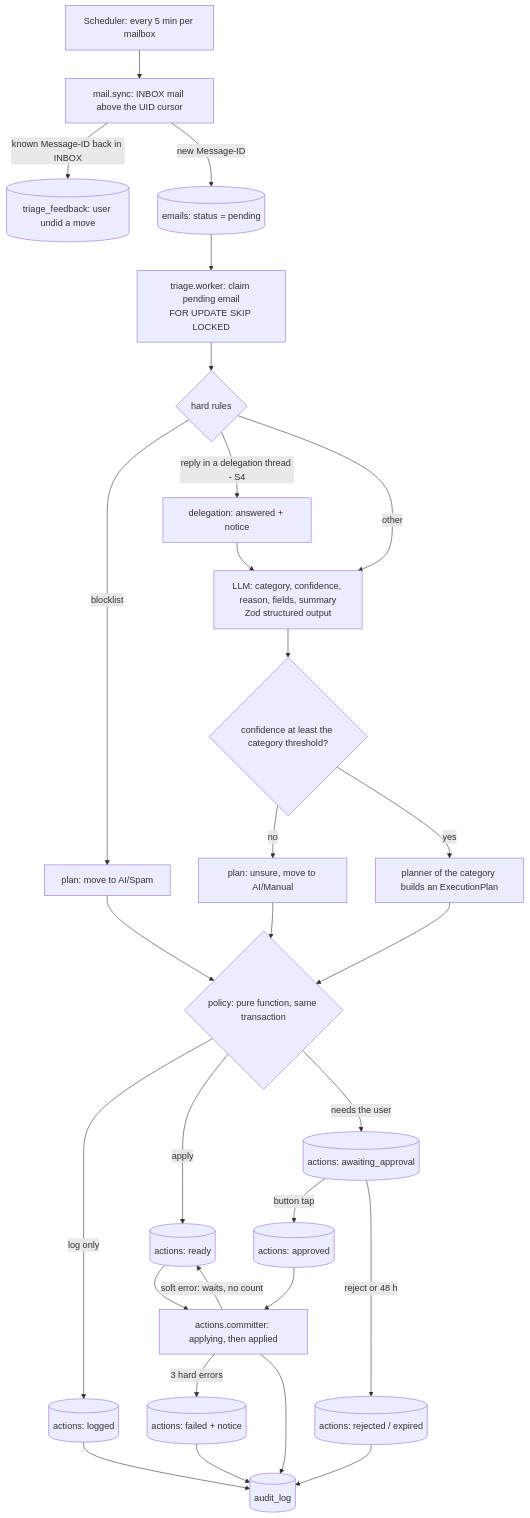
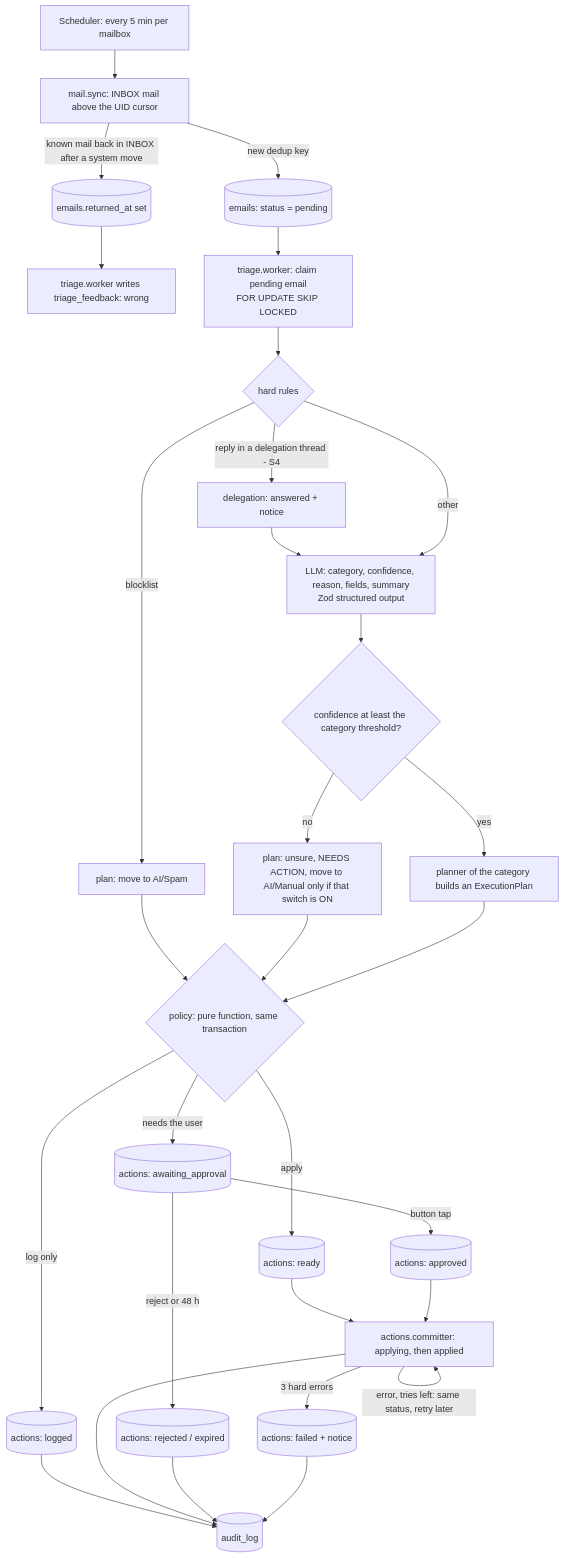
Before and after one commit to Artexs/email_assistant: the second of 4 diagrams in docs/architecture.md, drawn with Mermaid. The commit also changed other lines of this file and 20 other files, not shown here.

````diff
--- a/docs/architecture.md
+++ b/docs/architecture.md
@@ -86,31 +86,32 @@
 ```mermaid
 flowchart TD
     Tick[Scheduler: every 5 min per mailbox] --> Sync[mail.sync: INBOX mail above the UID cursor]
-    Sync -->|known Message-ID back in INBOX| FB[(triage_feedback: user undid a move)]
-    Sync -->|new Message-ID| Store[(emails: status = pending)]
+    Sync -->|known mail back in INBOX after a system move| Ret[(emails.returned_at set)]
+    Ret --> FB[triage.worker writes triage_feedback: wrong]
+    Sync -->|new dedup key| Store[(emails: status = pending)]
     Store --> Claim[triage.worker: claim pending email<br/>FOR UPDATE SKIP LOCKED]
     Claim --> Rules{hard rules}
     Rules -->|blocklist| PSpam[plan: move to AI/Spam]
     Rules -->|reply in a delegation thread - S4| Answered[delegation: answered + notice]
     Answered --> Classify
     Rules -->|other| Classify[LLM: category, confidence, reason, fields, summary<br/>Zod structured output]
     Classify --> Conf{confidence at least the category threshold?}
-    Conf -->|no| PManual[plan: unsure, move to AI/Manual]
+    Conf -->|no| PManual[plan: unsure, NEEDS ACTION, move to AI/Manual only if that switch is ON]
     Conf -->|yes| Plan[planner of the category builds an ExecutionPlan]
     PSpam --> Policy
     PManual --> Policy
     Plan --> Policy{policy: pure function, same transaction}
     Policy -->|log only| Logged[(actions: logged)]
     Policy -->|apply| Ready[(actions: ready)]
     Policy -->|needs the user| Await[(actions: awaiting_approval)]
     Ready --> Commit[actions.committer: applying, then applied]
     Await -->|button tap| Approved[(actions: approved)]
     Approved --> Commit
     Await -->|reject or 48 h| Closed[(actions: rejected / expired)]
-    Commit -->|soft error: waits, no count| Ready
+    Commit -->|error, tries left: same status, retry later| Commit
     Commit -->|3 hard errors| Failed[(actions: failed + notice)]
     Logged --> Audit[(audit_log)]
     Commit --> Audit
     Closed --> Audit
     Failed --> Audit
 ```
````
